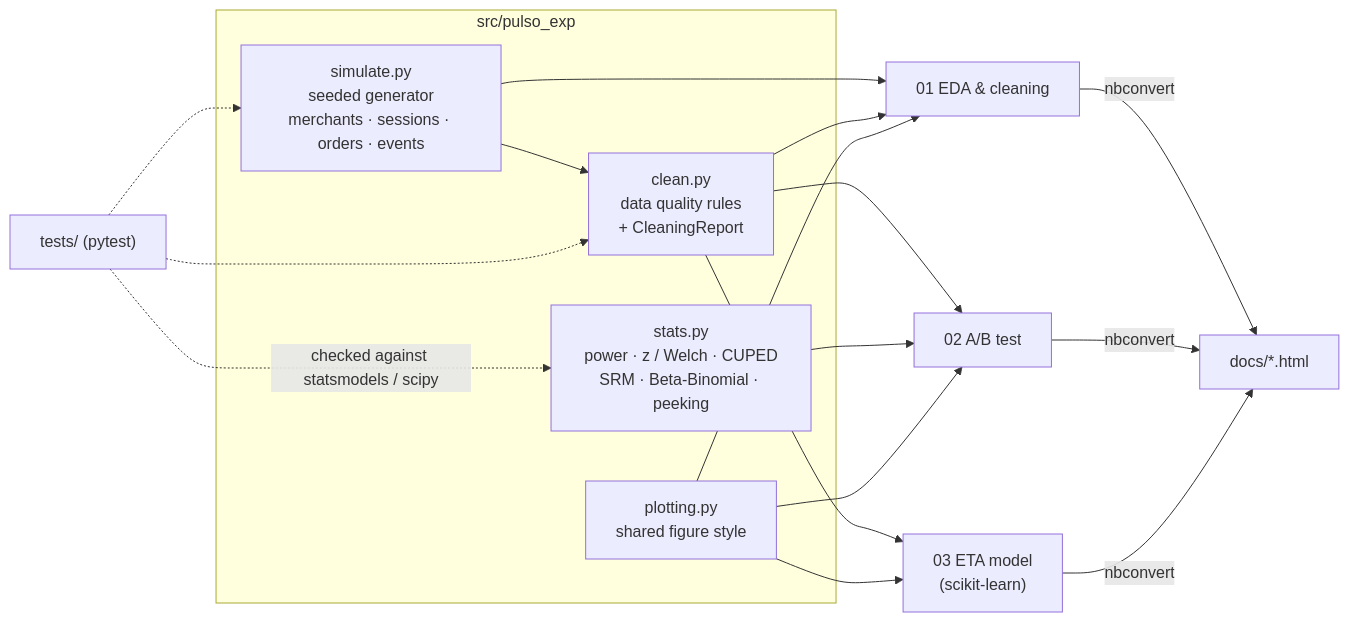
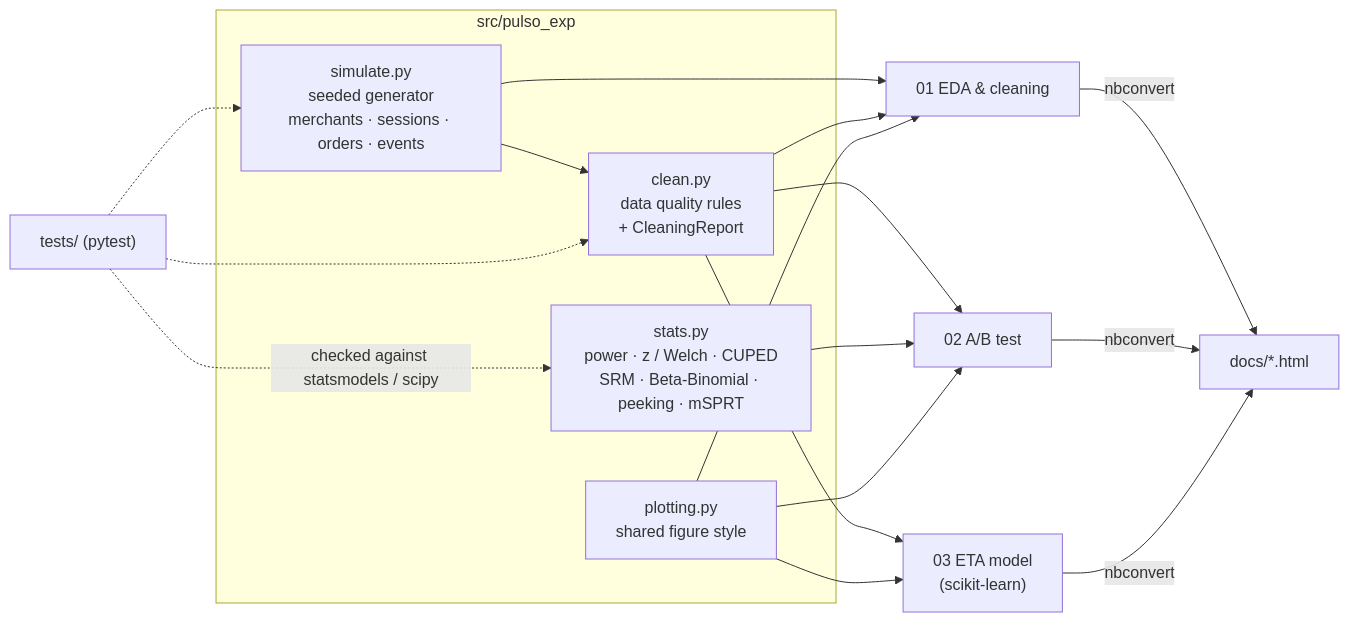
The diagram in README.md (AlejandroAlvarez-srdev/pulso-experiments), drawn with Mermaid before and after one commit. The commit also changed other lines of this file and 5 other files, not shown here.

First line of the commit message:
feat(stats): add mSPRT always-valid sequential test and property-based tests

````diff
--- a/README.md
+++ b/README.md
@@ -67,19 +99,19 @@
 ```mermaid
 flowchart LR
     subgraph src/pulso_exp
         SIM["simulate.py<br/>seeded generator<br/>merchants · sessions · orders · events"]
         CLEAN["clean.py<br/>data quality rules<br/>+ CleaningReport"]
-        STATS["stats.py<br/>power · z / Welch · CUPED<br/>SRM · Beta-Binomial · peeking"]
+        STATS["stats.py<br/>power · z / Welch · CUPED<br/>SRM · Beta-Binomial · peeking · mSPRT"]
         PLOT["plotting.py<br/>shared figure style"]
     end
     SIM --> NB1["01 EDA & cleaning"]
     SIM --> CLEAN
     CLEAN --> NB1
     CLEAN --> NB2["02 A/B test"]
     CLEAN --> NB3["03 ETA model<br/>(scikit-learn)"]
     STATS --> NB2
     PLOT --> NB1 & NB2 & NB3
     NB1 & NB2 & NB3 -->|nbconvert| HTML["docs/*.html"]
     TESTS["tests/ (pytest)"] -.->|"checked against statsmodels / scipy"| STATS
     TESTS -.-> SIM & CLEAN
 ```
````
